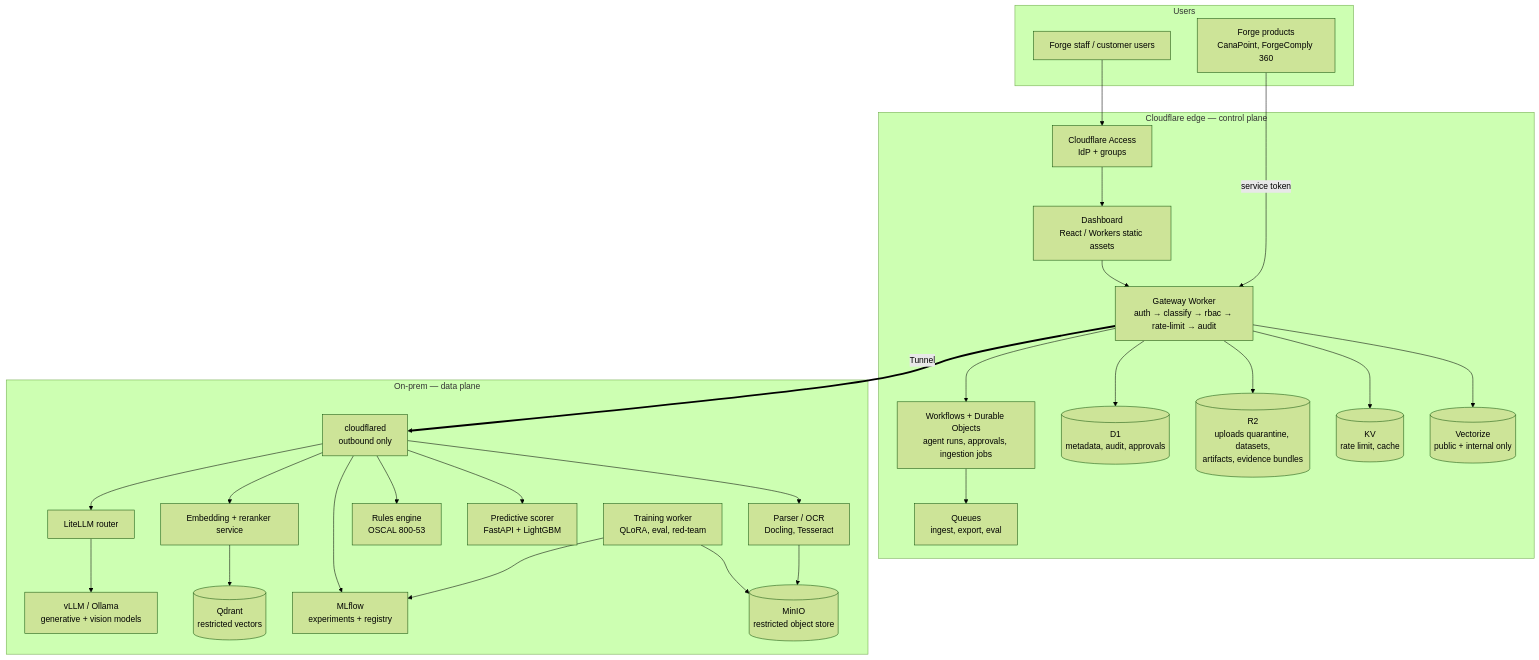
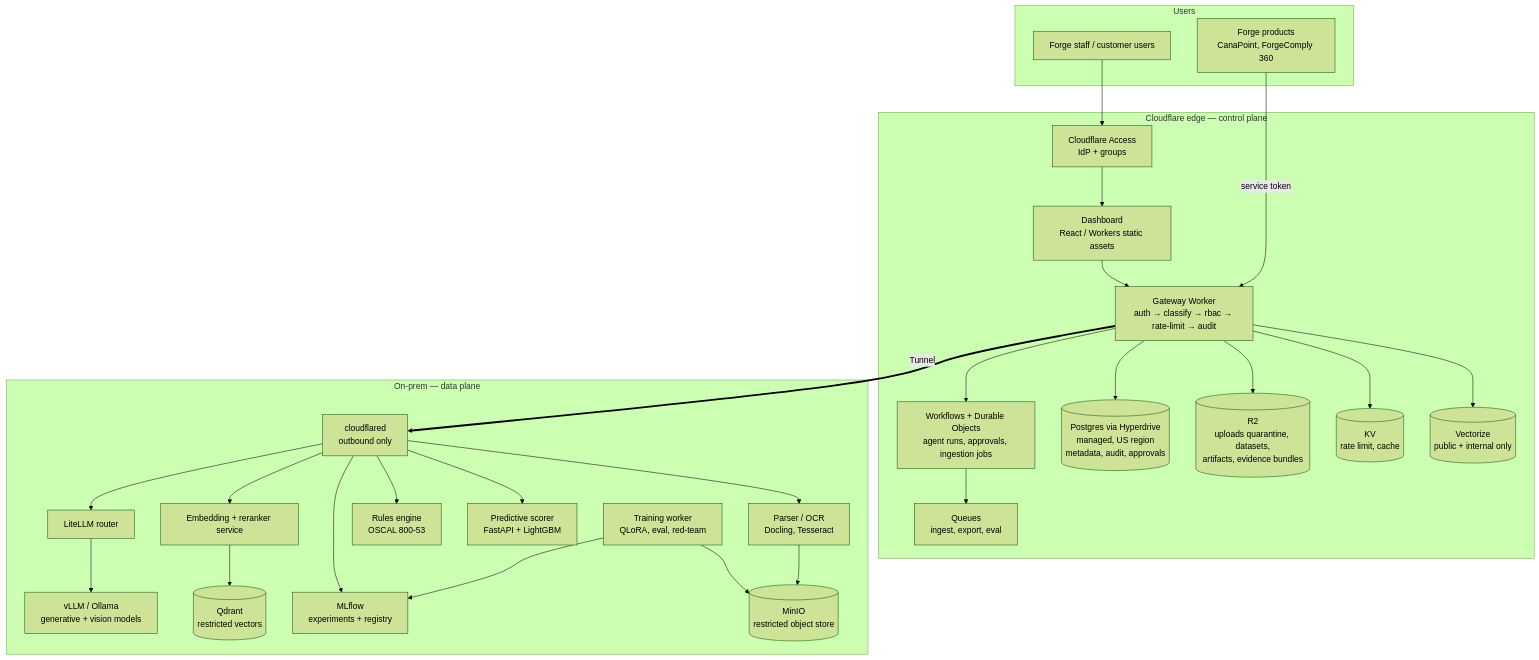
One commit to Bjay0727-jay/forge-closedml changed the first of 3 diagrams in docs/blueprint/01-architecture.md. Above: the diagram before and after it, drawn with Mermaid (forest theme). The commit also changed other lines of this file and 10 other files, not shown here.

````diff
--- a/docs/blueprint/01-architecture.md
+++ b/docs/blueprint/01-architecture.md
@@ -15,45 +15,45 @@
 ```mermaid
 flowchart TB
   subgraph Users
     U[Forge staff / customer users]
     P[Forge products<br/>CanaPoint, ForgeComply 360]
   end
 
   subgraph CF[Cloudflare edge — control plane]
     ACC[Cloudflare Access<br/>IdP + groups]
     DASH[Dashboard<br/>React / Workers static assets]
     GW[Gateway Worker<br/>auth → classify → rbac → rate-limit → audit]
     WF[Workflows + Durable Objects<br/>agent runs, approvals, ingestion jobs]
     Q[Queues<br/>ingest, export, eval]
-    D1[(D1<br/>metadata, audit, approvals)]
+    PG[(Postgres via Hyperdrive<br/>managed, US region<br/>metadata, audit, approvals)]
     R2[(R2<br/>uploads quarantine, datasets,<br/>artifacts, evidence bundles)]
     KV[(KV<br/>rate limit, cache)]
     VEC[(Vectorize<br/>public + internal only)]
   end
 
   subgraph OP[On-prem — data plane]
     CFD[cloudflared<br/>outbound only]
     LLM[LiteLLM router]
     VLLM[vLLM / Ollama<br/>generative + vision models]
     EMB[Embedding + reranker service]
     QD[(Qdrant<br/>restricted vectors)]
     PARSE[Parser / OCR<br/>Docling, Tesseract]
     RULES[Rules engine<br/>OSCAL 800-53]
     SCORE[Predictive scorer<br/>FastAPI + LightGBM]
     TRAIN[Training worker<br/>QLoRA, eval, red-team]
     MLF[MLflow<br/>experiments + registry]
     MINIO[(MinIO<br/>restricted object store)]
   end
 
   U --> ACC --> DASH --> GW
   P -->|service token| GW
-  GW --> D1 & KV & R2 & VEC
+  GW --> PG & KV & R2 & VEC
   GW --> WF --> Q
   GW ==>|Tunnel| CFD
   CFD --> LLM --> VLLM
   CFD --> EMB & PARSE & RULES & SCORE & MLF
   EMB --> QD
   TRAIN --> MLF
   TRAIN --> MINIO
   PARSE --> MINIO
 ```
````
